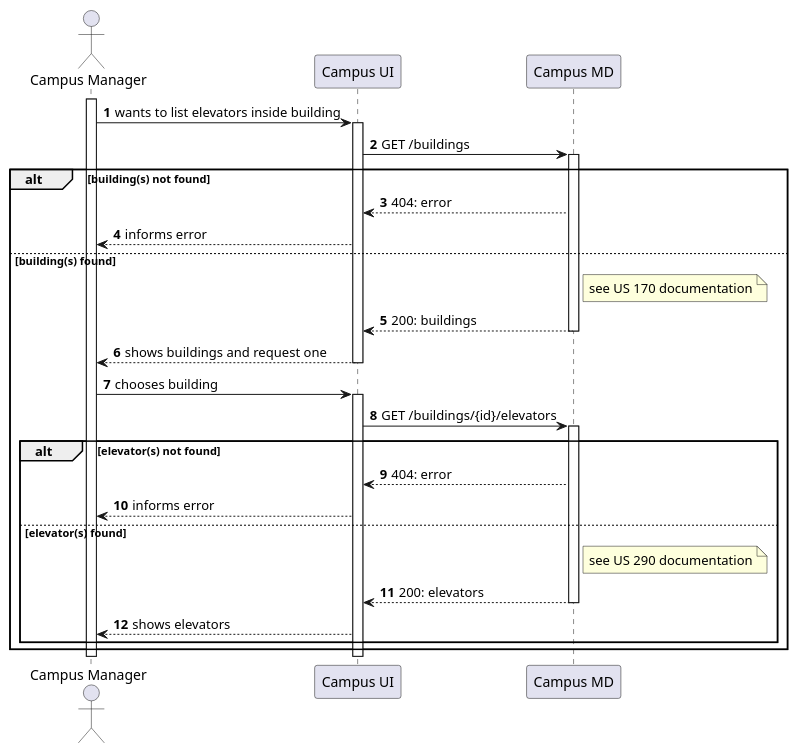
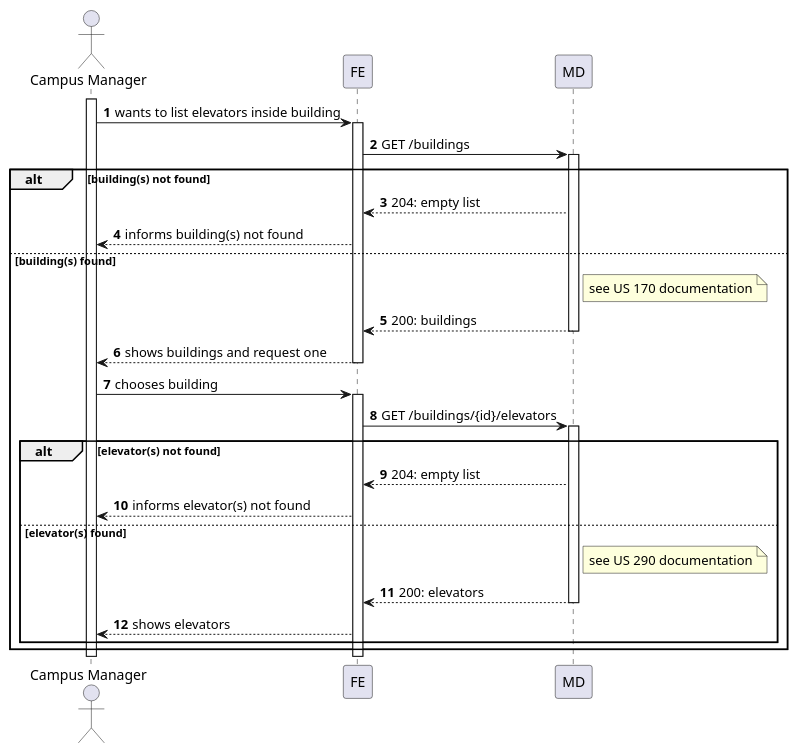
The diagram in docs/us1140/level2/process-view.puml (Departamento-de-Engenharia-Informatica/lapr5-23-24-g19), drawn with PlantUML before and after one commit. The commit also changed 6 other files, not shown here.

```diff
--- a/docs/us1140/level2/process-view.puml
+++ b/docs/us1140/level2/process-view.puml
@@ -1,47 +1,47 @@
 @startuml
 autonumber
 
 actor "Campus Manager" as usr
 
-participant "Campus UI" as ui
-participant "Campus MD" as md
+participant "FE" as ui
+participant "MD" as md
 
 activate usr
     usr -> ui : wants to list elevators inside building
     activate ui
         ui -> md : GET /buildings
         activate md
 
         alt building(s) not found
-                md --> ui : 404: error
-                ui --> usr : informs error
+                md --> ui : 204: empty list
+                ui --> usr : informs building(s) not found
         else building(s) found
                 note right of md : see US 170 documentation
                 md --> ui : 200: buildings
                  deactivate md
                  ui --> usr : shows buildings and request one
     deactivate ui
 
 
     usr -> ui : chooses building
     activate ui
         ui -> md : GET /buildings/{id}/elevators
         activate md
 
         alt elevator(s) not found
-            md --> ui : 404: error
-            ui --> usr : informs error
+            md --> ui : 204: empty list
+            ui --> usr : informs elevator(s) not found
         else elevator(s) found
 
             note right of md : see US 290 documentation
             md --> ui : 200: elevators
         deactivate md
 
         ui --> usr : shows elevators
 
         end
     end
     deactivate ui
 deactivate usr
 
 @enduml
```
